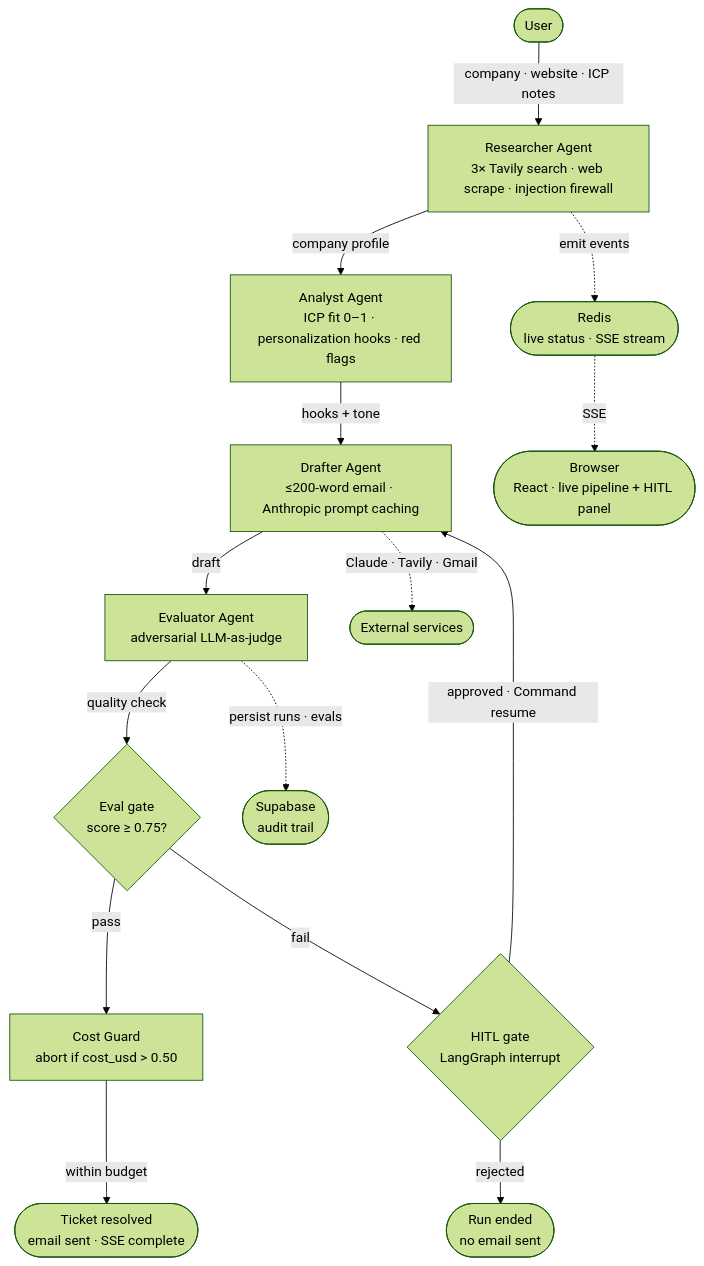
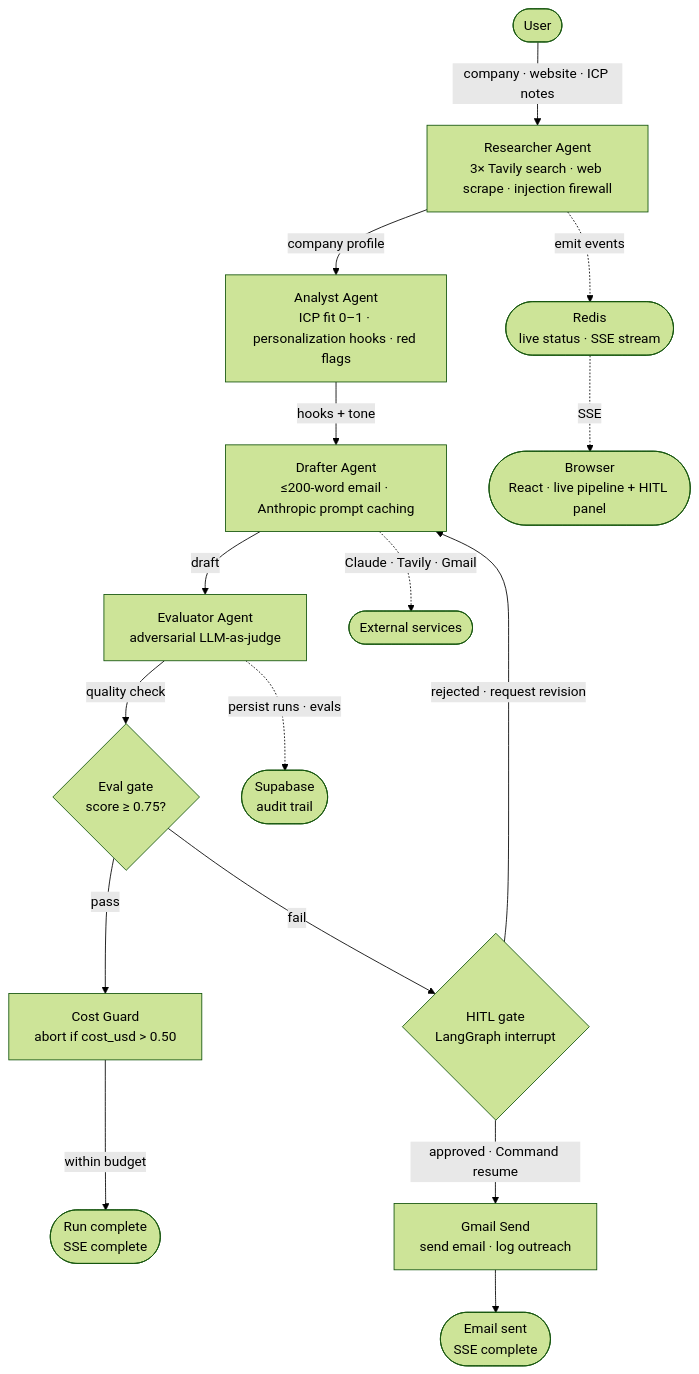
Before and after one commit to Subh24ai/AgentIQ: the diagram in README.md, drawn with Mermaid (forest theme). The commit also changed other lines of this file and 3 other files, not shown here.

````diff
--- a/README.md
+++ b/README.md
@@ -17,20 +17,21 @@
 ```mermaid
 graph TD
     A([User]) -->|company · website · ICP notes| B[Researcher Agent<br/>3× Tavily search · web scrape · injection firewall]
     B -->|company profile| C[Analyst Agent<br/>ICP fit 0–1 · personalization hooks · red flags]
     C -->|hooks + tone| D[Drafter Agent<br/>≤200-word email · Anthropic prompt caching]
     D -->|draft| E[Evaluator Agent<br/>adversarial LLM-as-judge]
 
     E -->|quality check| GATE{Eval gate<br/>score ≥ 0.75?}
     GATE -->|pass| CG[Cost Guard<br/>abort if cost_usd > 0.50]
-    CG -->|within budget| RES([Ticket resolved<br/>email sent · SSE complete])
+    CG -->|within budget| RES([Run complete<br/>SSE complete])
 
     GATE -->|fail| HITL{HITL gate<br/>LangGraph interrupt}
-    HITL -->|approved · Command resume| D
-    HITL -->|rejected| STOP([Run ended<br/>no email sent])
+    HITL -->|approved · Command resume| SEND[Gmail Send<br/>send email · log outreach]
+    SEND --> SENT([Email sent<br/>SSE complete])
+    HITL -->|rejected · request revision| D
 
     B -.->|emit events| REDIS([Redis<br/>live status · SSE stream])
     E -.->|persist runs · evals| SUPA([Supabase<br/>audit trail])
     D -.->|Claude · Tavily · Gmail| EXT([External services])
     REDIS -.->|SSE| UI([Browser<br/>React · live pipeline + HITL panel])
 ```
````
